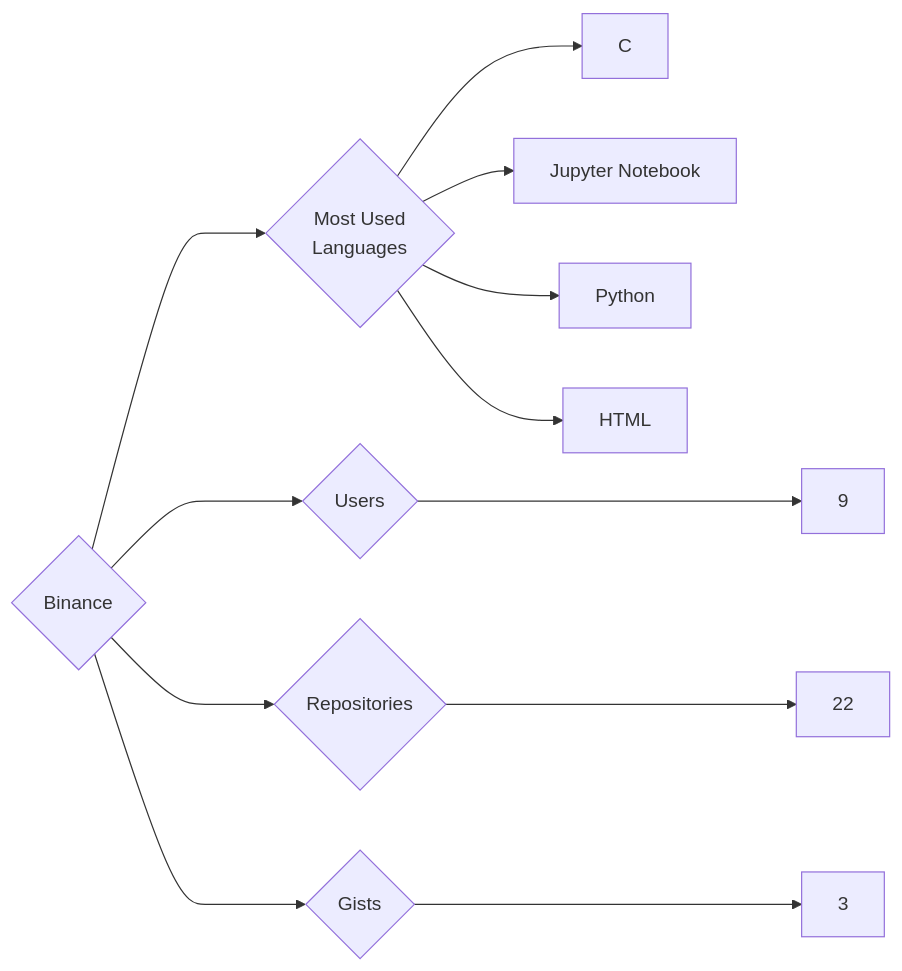
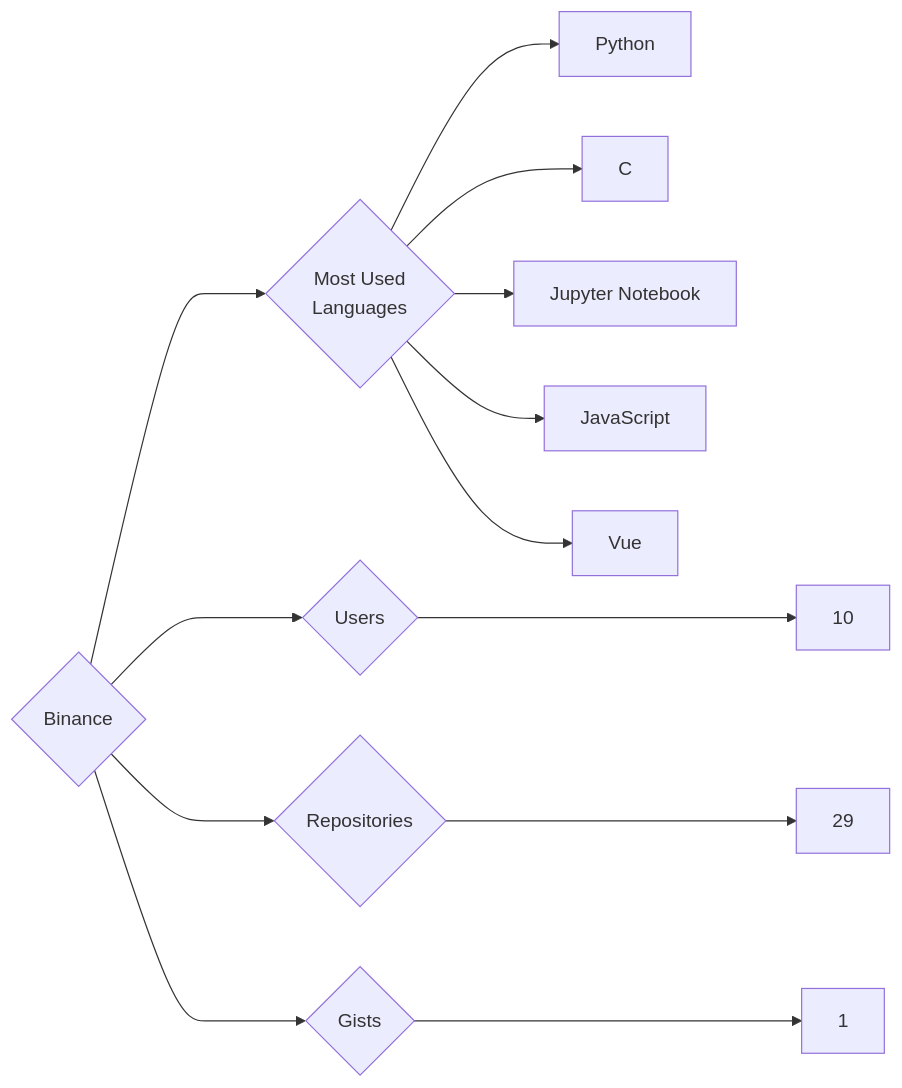
One commit to trickest/insiders changed the diagram in targets/Binance/README.md. Above: the diagram before and after it, drawn with Mermaid. The commit also changed 720 other files, not shown here.

````diff
--- a/targets/Binance/README.md
+++ b/targets/Binance/README.md
@@ -3,12 +3,13 @@
 ```mermaid
 graph LR
 COMPANY_NAME{Binance}
-COMPANY_NAME ---> U{Users} ---> UN[9]
-COMPANY_NAME ---> R{Repositories} ---> RN[22]
-COMPANY_NAME ---> G{Gists} ---> GN[3]
+COMPANY_NAME ---> U{Users} ---> UN[10]
+COMPANY_NAME ---> R{Repositories} ---> RN[29]
+COMPANY_NAME ---> G{Gists} ---> GN[1]
 COMPANY_NAME ---> ML{Most Used<br>Languages}
+ML --> Python[Python]
 ML --> C[C]
 ML --> Jupyter_Notebook[Jupyter Notebook]
-ML --> Python[Python]
-ML --> HTML[HTML]
+ML --> JavaScript[JavaScript]
+ML --> Vue[Vue]
 ```
````
